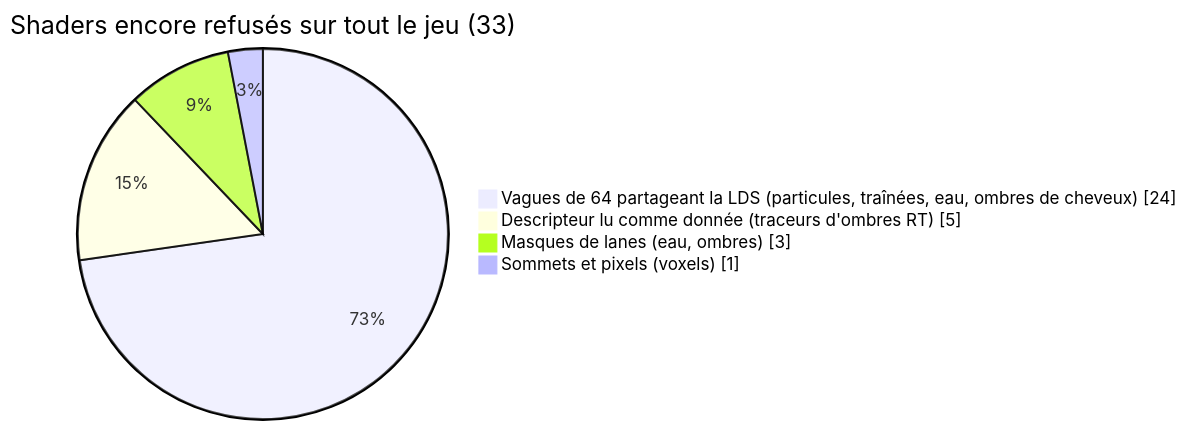
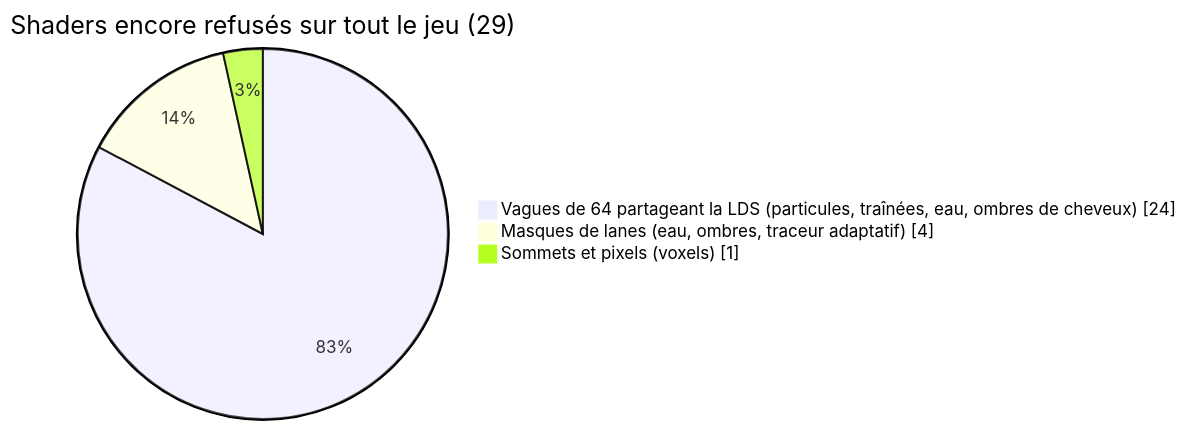
Before and after one commit to Cyanexani/cold-project-vi: diagram 12 of 12 in README.md, drawn with Mermaid. The commit also changed other lines of this file and 1 other file, not shown here.

Commit message:
README: 99.89 % of shaders translate (4 shadow-ray trace programs); test notes

````diff
--- a/README.md
+++ b/README.md
@@ -289,8 +291,7 @@
 ```mermaid
 pie showData
-    title Shaders encore refusés sur tout le jeu (33)
+    title Shaders encore refusés sur tout le jeu (29)
     "Vagues de 64 partageant la LDS (particules, traînées, eau, ombres de cheveux)" : 24
-    "Descripteur lu comme donnée (traceurs d'ombres RT)" : 5
-    "Masques de lanes (eau, ombres)" : 3
+    "Masques de lanes (eau, ombres, traceur adaptatif)" : 4
     "Sommets et pixels (voxels)" : 1
 ```
````
